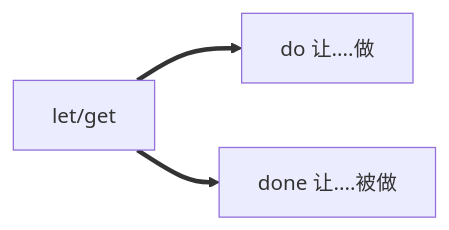
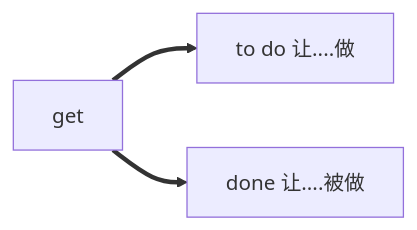
Before and after one commit to fuutianyii/english: diagram 13 of 13 in 非谓语动词/非谓语动词整理.md, drawn with Mermaid. The commit also changed other lines of this file and 1 other file, not shown here.

````diff
--- a/非谓语动词/非谓语动词整理.md
+++ b/非谓语动词/非谓语动词整理.md
@@ -445,5 +446,5 @@
 ```mermaid
 graph LR
-B["let/get"] ==> do["do 让....做"]
-B["let/get"] ==> bedone["done 让....被做"]
+B["get"] ==> todo["to do 让....做"]
+B["get"] ==> bedone["done 让....被做"]
 ```
````
